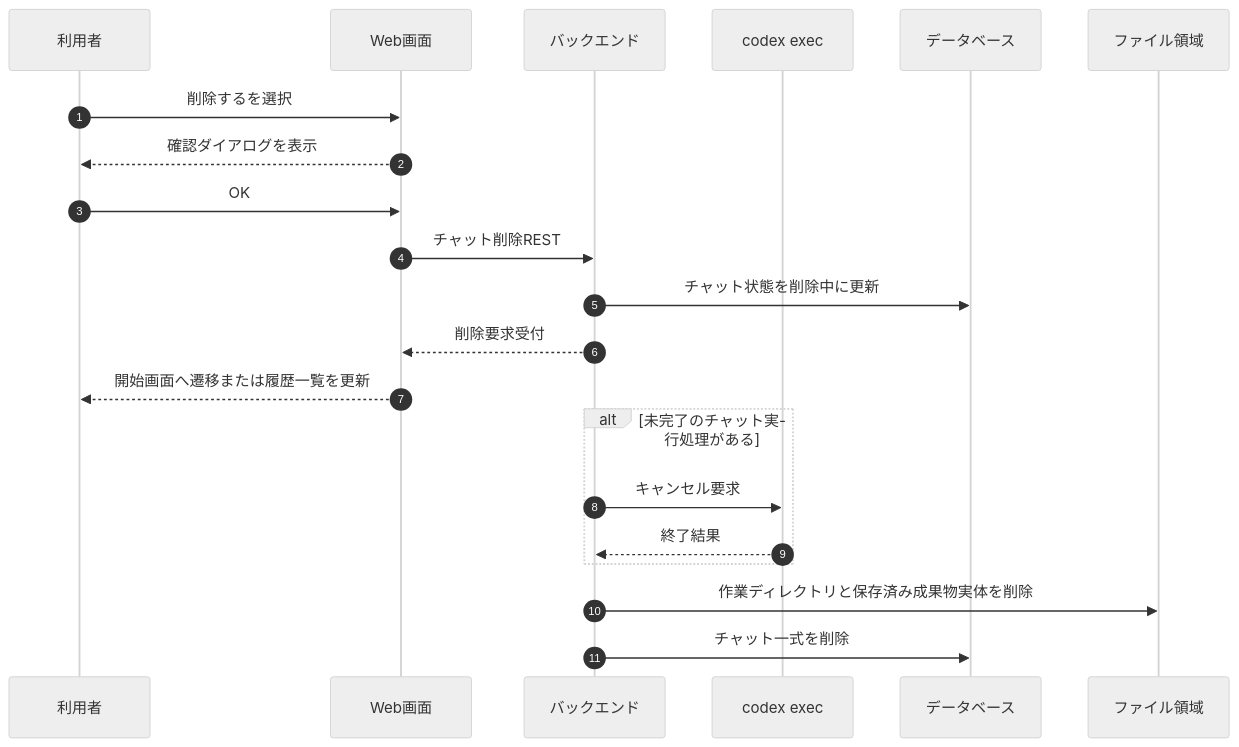
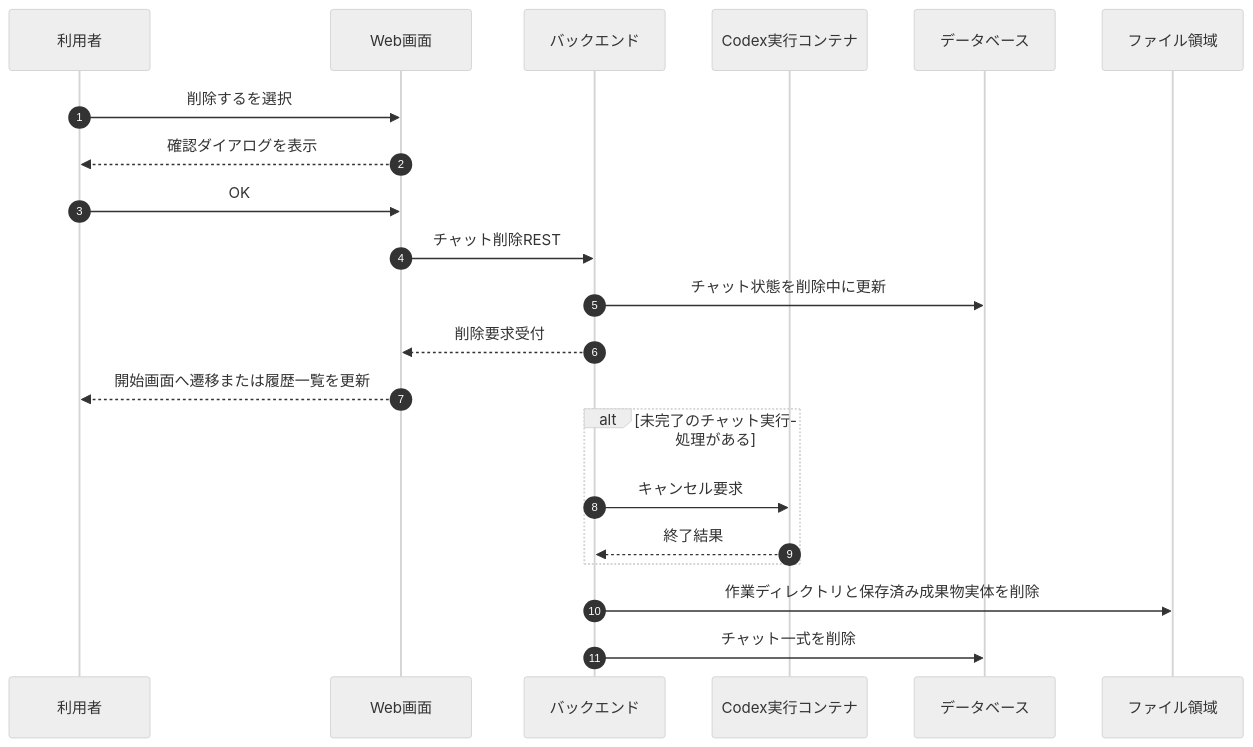
Before and after one commit to mincsys/D-Concierge: the diagram in docs/02_外部設計/02_業務設計/チャット削除フロー.md, drawn with Mermaid (neutral theme). The commit also changed 136 other files, not shown here.

````diff
--- a/docs/02_外部設計/02_業務設計/チャット削除フロー.md
+++ b/docs/02_外部設計/02_業務設計/チャット削除フロー.md
@@ -19,24 +19,24 @@
 ```mermaid
 sequenceDiagram
     autonumber
     participant U as 利用者
     participant F as Web画面
     participant B as バックエンド
-    participant C as codex exec
+    participant C as Codex実行コンテナ
     participant D as データベース
     participant S as ファイル領域
 
     U->>F: 削除するを選択
     F-->>U: 確認ダイアログを表示
     U->>F: OK
     F->>B: チャット削除REST
     B->>D: チャット状態を削除中に更新
     B-->>F: 削除要求受付
     F-->>U: 開始画面へ遷移または履歴一覧を更新
     alt 未完了のチャット実行処理がある
         B->>C: キャンセル要求
         C-->>B: 終了結果
     end
     B->>S: 作業ディレクトリと保存済み成果物実体を削除
     B->>D: チャット一式を削除
 ```
````
